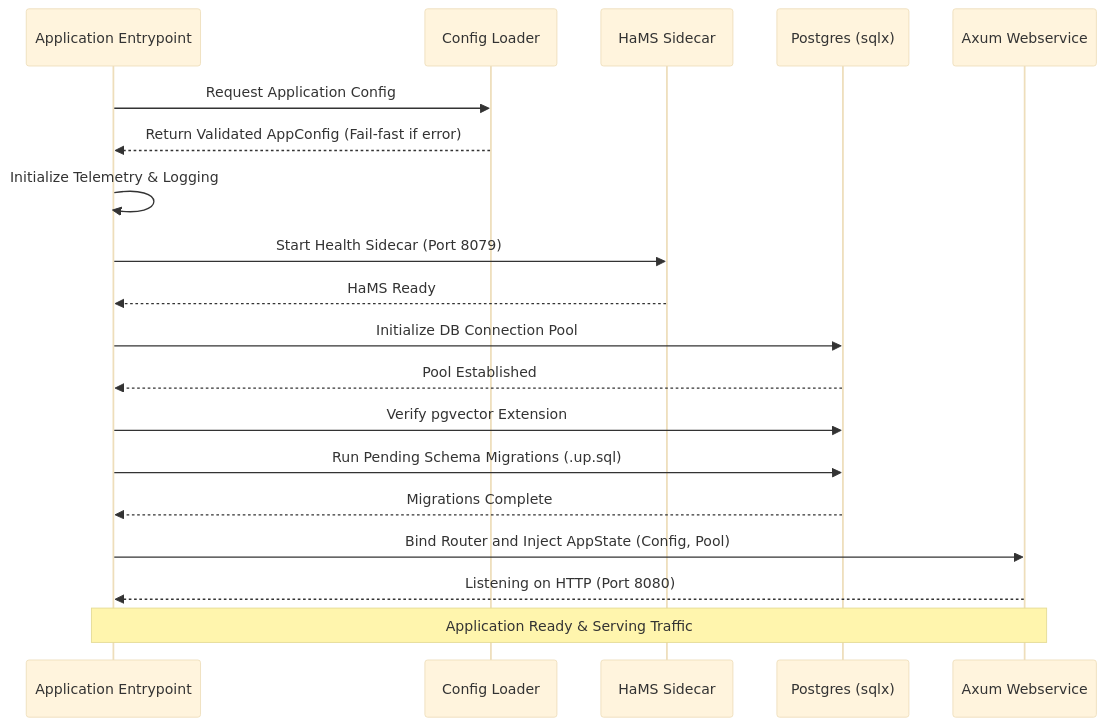
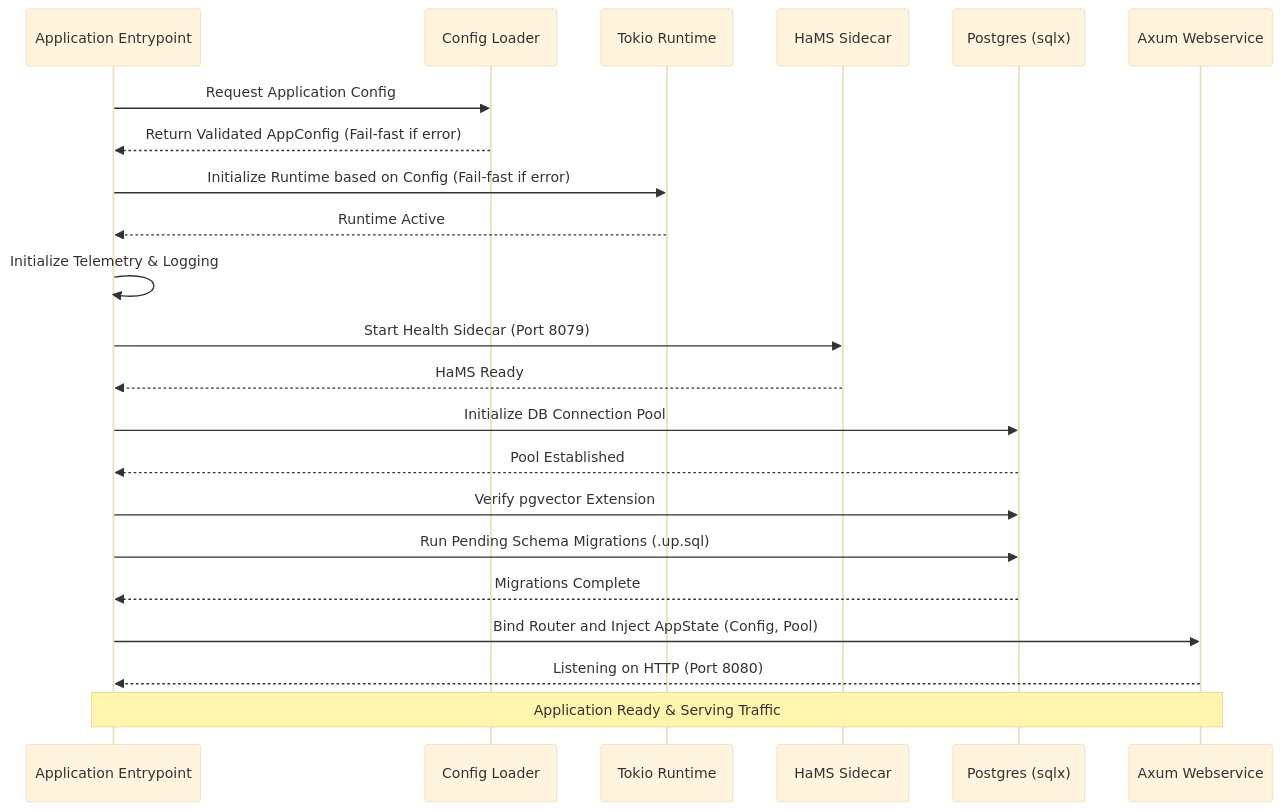
Before and after one commit to Bengreen/Graphrag: the second of 2 diagrams in spec/prds/backend-foundations-prd.md, drawn with Mermaid (base theme). The commit also changed other lines of this file, not shown here.

Commit message:
docs: add async runtime execution to backend foundations prd

````diff
--- a/spec/prds/backend-foundations-prd.md
+++ b/spec/prds/backend-foundations-prd.md
@@ -81,22 +94,25 @@
 ```mermaid
 sequenceDiagram
     participant Main as Application Entrypoint
     participant Config as Config Loader
+    participant Tokio as Tokio Runtime
     participant HaMS as HaMS Sidecar
     participant DB as Postgres (sqlx)
     participant Axum as Axum Webservice
 
     Main->>Config: Request Application Config
     Config-->>Main: Return Validated AppConfig (Fail-fast if error)
+    Main->>Tokio: Initialize Runtime based on Config (Fail-fast if error)
+    Tokio-->>Main: Runtime Active
     Main->>Main: Initialize Telemetry & Logging
     Main->>HaMS: Start Health Sidecar (Port 8079)
     HaMS-->>Main: HaMS Ready
     Main->>DB: Initialize DB Connection Pool
     DB-->>Main: Pool Established
     Main->>DB: Verify pgvector Extension
     Main->>DB: Run Pending Schema Migrations (.up.sql)
     DB-->>Main: Migrations Complete
     Main->>Axum: Bind Router and Inject AppState (Config, Pool)
     Axum-->>Main: Listening on HTTP (Port 8080)
     Note over Main, Axum: Application Ready & Serving Traffic
 ```
````
